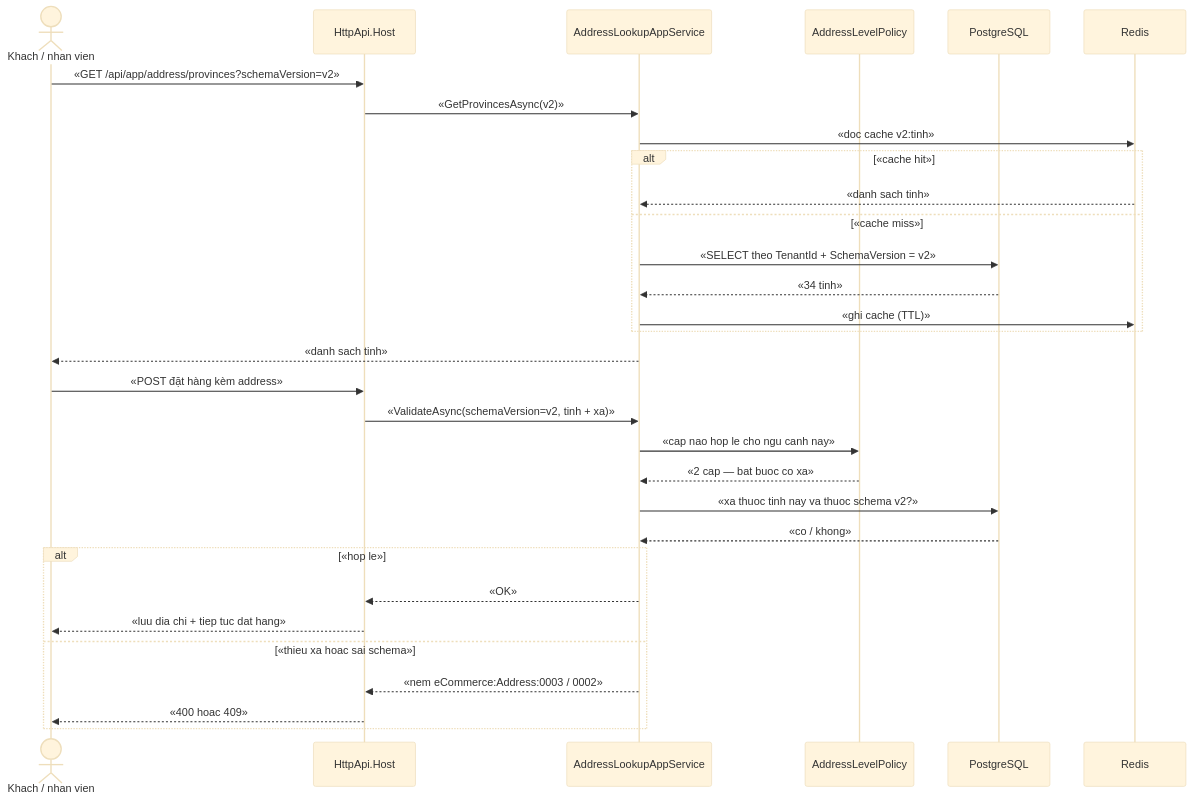
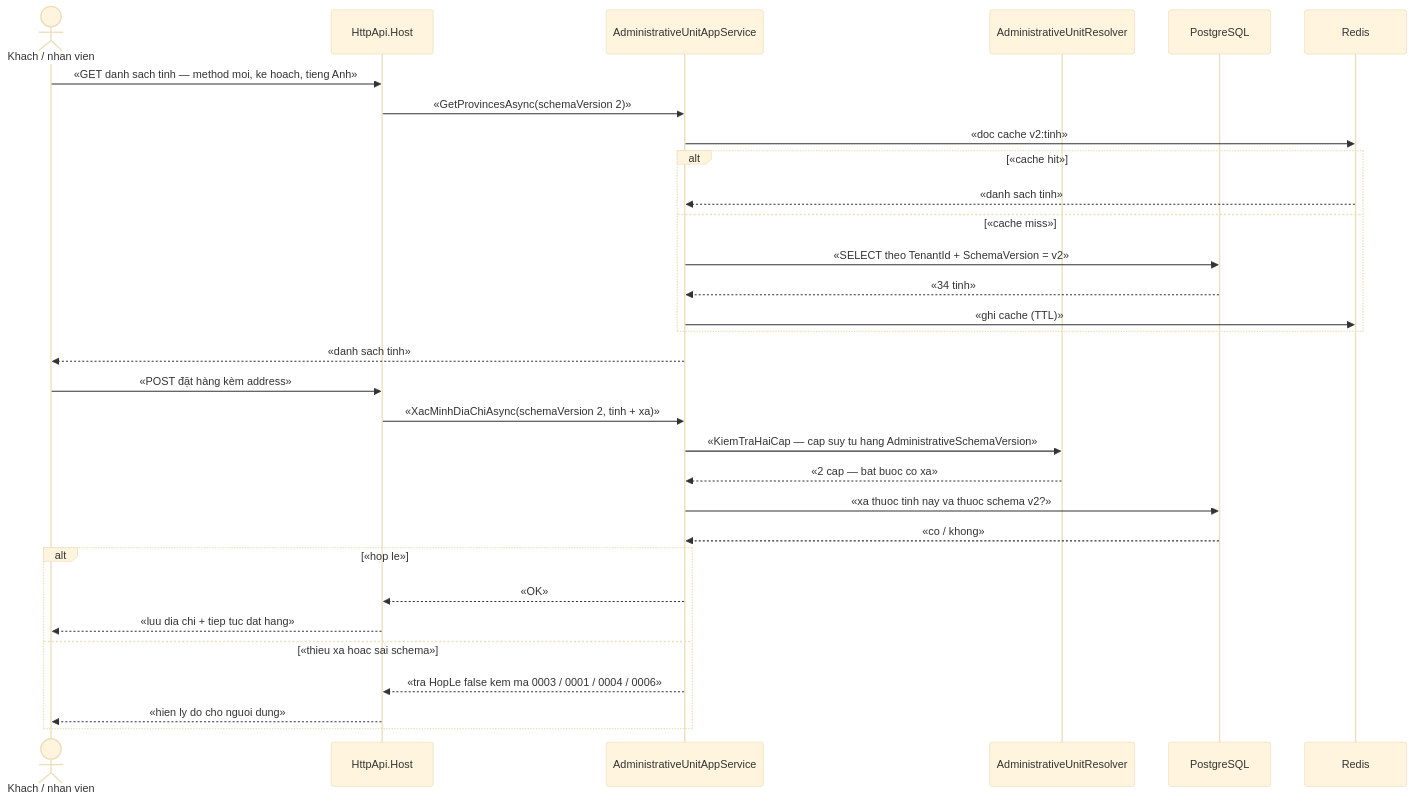
Before and after one commit to hungnt9801/eCommerce: the third of 3 diagrams in docs/features/address/addr-001-tra-cuu-don-vi-hanh-chinh-2-cap.md, drawn with Mermaid (base theme). The commit also changed other lines of this file and 8 other files, not shown here.

````diff
--- a/docs/features/address/addr-001-tra-cuu-don-vi-hanh-chinh-2-cap.md
+++ b/docs/features/address/addr-001-tra-cuu-don-vi-hanh-chinh-2-cap.md
@@ -182,35 +241,35 @@
 ```mermaid
 sequenceDiagram
     actor KH as Khach / nhan vien
     participant API as HttpApi.Host
-    participant APP as AddressLookupAppService
-    participant POL as AddressLevelPolicy
+    participant APP as AdministrativeUnitAppService
+    participant POL as AdministrativeUnitResolver
     participant DB as PostgreSQL
     participant CACHE as Redis
 
-    KH->>API: «GET /api/app/address/provinces?schemaVersion=v2»
-    API->>APP: «GetProvincesAsync(v2)»
+    KH->>API: «GET danh sach tinh — method moi, ke hoach, tieng Anh»
+    API->>APP: «GetProvincesAsync(schemaVersion 2)»
     APP->>CACHE: «doc cache v2:tinh»
     alt «cache hit»
         CACHE-->>APP: «danh sach tinh»
     else «cache miss»
         APP->>DB: «SELECT theo TenantId + SchemaVersion = v2»
         DB-->>APP: «34 tinh»
         APP->>CACHE: «ghi cache (TTL)»
     end
     APP-->>KH: «danh sach tinh»
 
     KH->>API: «POST đặt hàng kèm address»
-    API->>APP: «ValidateAsync(schemaVersion=v2, tinh + xa)»
-    APP->>POL: «cap nao hop le cho ngu canh nay»
+    API->>APP: «XacMinhDiaChiAsync(schemaVersion 2, tinh + xa)»
+    APP->>POL: «KiemTraHaiCap — cap suy tu hang AdministrativeSchemaVersion»
     POL-->>APP: «2 cap — bat buoc co xa»
     APP->>DB: «xa thuoc tinh nay va thuoc schema v2?»
     DB-->>APP: «co / khong»
     alt «hop le»
         APP-->>API: «OK»
         API-->>KH: «luu dia chi + tiep tuc dat hang»
     else «thieu xa hoac sai schema»
-        APP-->>API: «nem eCommerce:Address:0003 / 0002»
-        API-->>KH: «400 hoac 409»
+        APP-->>API: «tra HopLe false kem ma 0003 / 0001 / 0004 / 0006»
+        API-->>KH: «hien ly do cho nguoi dung»
     end
 ```
````
